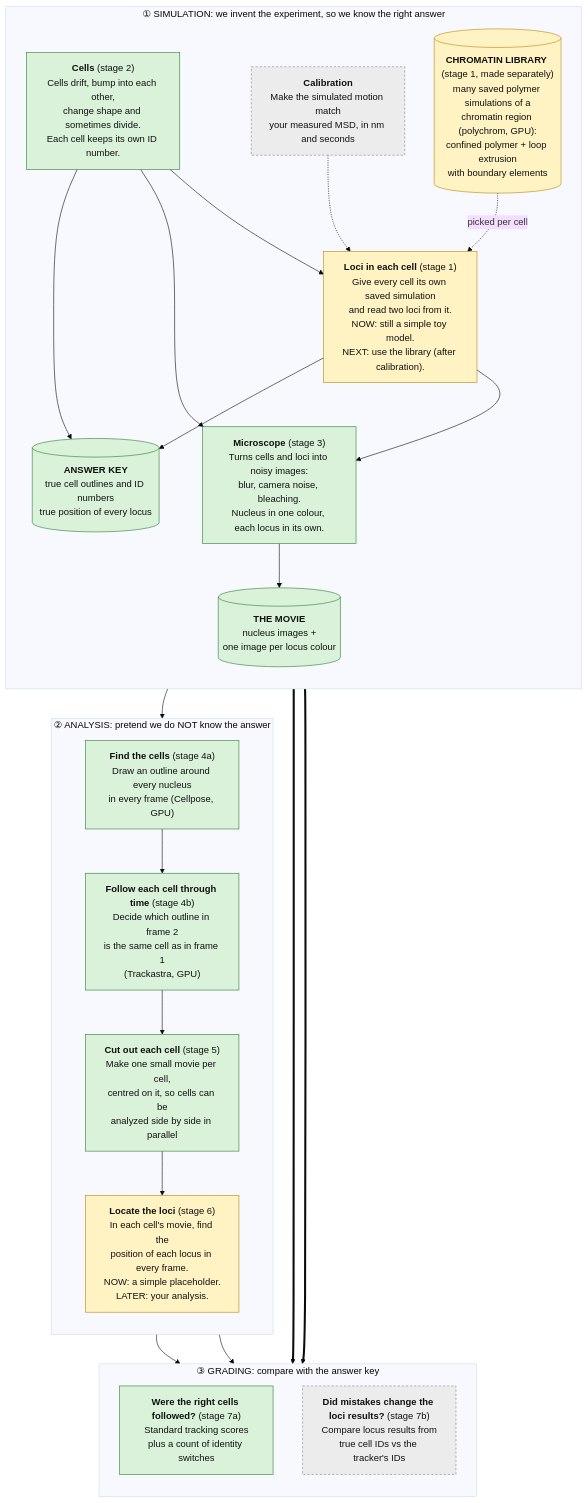
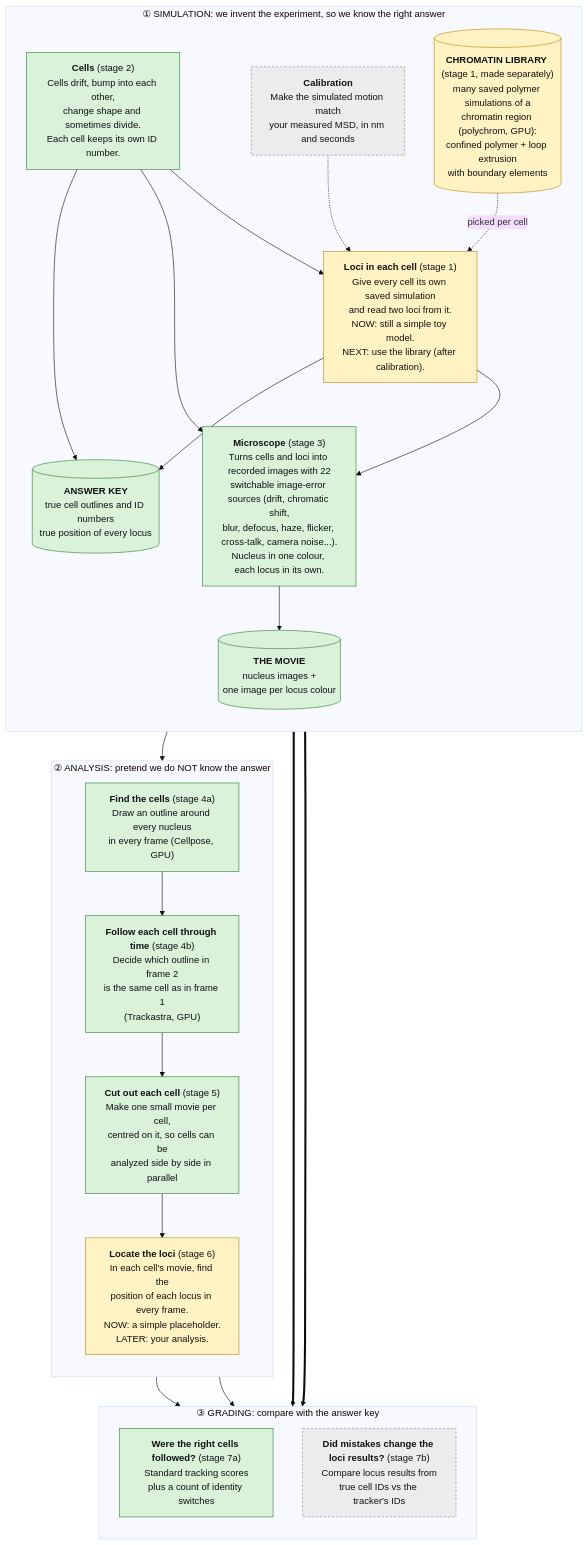
One commit to CHB-Bohrer/Sim_Live_Cell_Analysis changed the second of 5 diagrams in docs/ARCHITECTURE.md. Above: the diagram before and after it, drawn with Mermaid (base theme). The commit also changed other lines of this file and 8 other files, not shown here.

Commit message:
Dashboard: Images tab (recorded images + ground truth, step-by-step build-up, error budget, reference), image-error controls, run summary, glossary, richer text; docs/IMAGE_ERRORS.md; handoff notes

````diff
--- a/docs/ARCHITECTURE.md
+++ b/docs/ARCHITECTURE.md
@@ -36,45 +36,45 @@
 ```mermaid
 flowchart TD
     subgraph SIM["① SIMULATION: we invent the experiment, so we know the right answer"]
         direction TB
         S2["<b>Cells</b> (stage 2)<br/>Cells drift, bump into each other,<br/>change shape and sometimes divide.<br/>Each cell keeps its own ID number."]:::built
         LIB[("<b>CHROMATIN LIBRARY</b> (stage 1, made separately)<br/>many saved polymer simulations of a<br/>chromatin region (polychrom, GPU):<br/>confined polymer + loop extrusion<br/>with boundary elements")]:::standin
         S1["<b>Loci in each cell</b> (stage 1)<br/>Give every cell its own saved simulation<br/>and read two loci from it.<br/>NOW: still a simple toy model.<br/>NEXT: use the library (after calibration)."]:::standin
         CAL["<b>Calibration</b><br/>Make the simulated motion match<br/>your measured MSD, in nm and seconds"]:::planned
-        S3["<b>Microscope</b> (stage 3)<br/>Turns cells and loci into noisy images:<br/>blur, camera noise, bleaching.<br/>Nucleus in one colour, each locus in its own."]:::built
+        S3["<b>Microscope</b> (stage 3)<br/>Turns cells and loci into recorded images with 22<br/>switchable image-error sources (drift, chromatic shift,<br/>blur, defocus, haze, flicker, cross-talk, camera noise...).<br/>Nucleus in one colour, each locus in its own."]:::built
         TRUTH[("<b>ANSWER KEY</b><br/>true cell outlines and ID numbers<br/>true position of every locus")]:::built
         MOVIE[("<b>THE MOVIE</b><br/>nucleus images +<br/>one image per locus colour")]:::built
     end
 
     subgraph ANA["② ANALYSIS: pretend we do NOT know the answer"]
         direction TB
         S4A["<b>Find the cells</b> (stage 4a)<br/>Draw an outline around every nucleus<br/>in every frame (Cellpose, GPU)"]:::built
         S4B["<b>Follow each cell through time</b> (stage 4b)<br/>Decide which outline in frame 2<br/>is the same cell as in frame 1<br/>(Trackastra, GPU)"]:::built
         S5["<b>Cut out each cell</b> (stage 5)<br/>Make one small movie per cell,<br/>centred on it, so cells can be<br/>analyzed side by side in parallel"]:::built
         S6["<b>Locate the loci</b> (stage 6)<br/>In each cell's movie, find the<br/>position of each locus in every frame.<br/>NOW: a simple placeholder.<br/>LATER: your analysis."]:::standin
     end
 
     subgraph GRADE["③ GRADING: compare with the answer key"]
         direction TB
         S7A["<b>Were the right cells followed?</b> (stage 7a)<br/>Standard tracking scores<br/>plus a count of identity switches"]:::built
         S7B["<b>Did mistakes change the loci results?</b> (stage 7b)<br/>Compare locus results from<br/>true cell IDs vs the tracker's IDs"]:::planned
     end
 
     CAL -.-> S1
     LIB -.->|"picked per cell"| S1
     S2 --> S1
     S1 --> S3
     S2 --> S3
     S3 --> MOVIE
     S2 --> TRUTH
     S1 --> TRUTH
     MOVIE --> S4A --> S4B --> S5 --> S6
     S4B --> S7A
     S6 --> S7B
     TRUTH ==> S7A
     TRUTH ==> S7B
 
     classDef built fill:#d9f2d9,stroke:#2e7d32,color:#111;
     classDef standin fill:#fff3c4,stroke:#b8860b,color:#111;
     classDef planned fill:#ececec,stroke:#888,stroke-dasharray: 4 3,color:#111;
 ```
````
